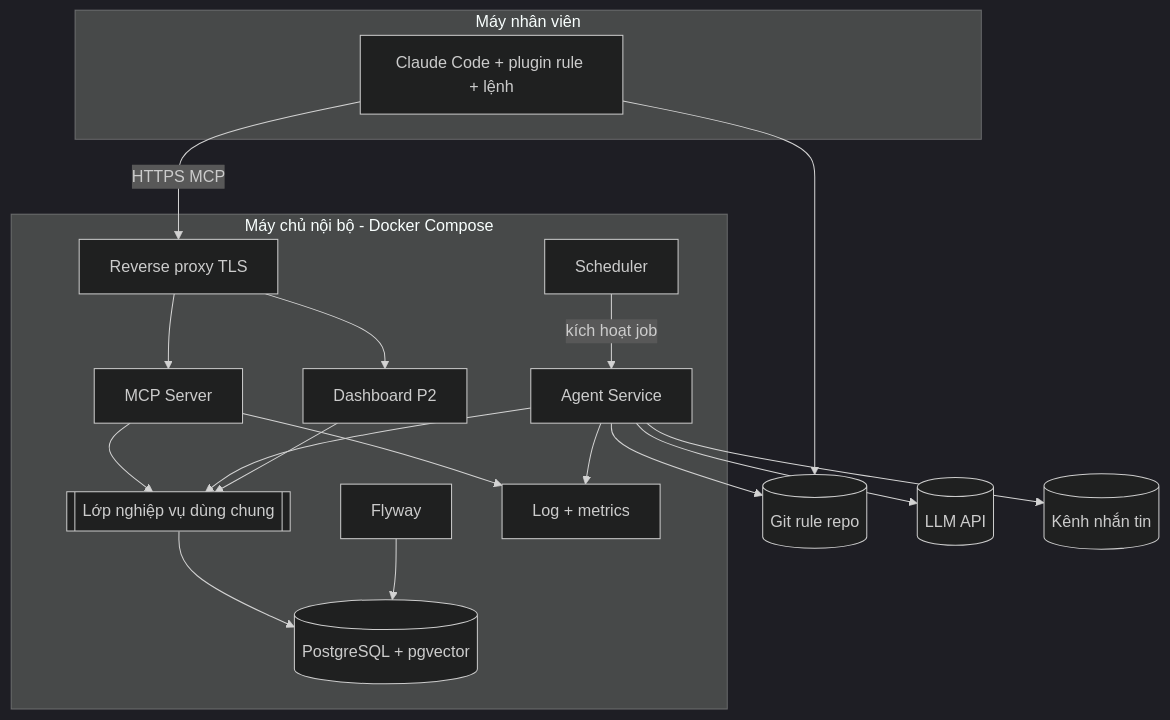
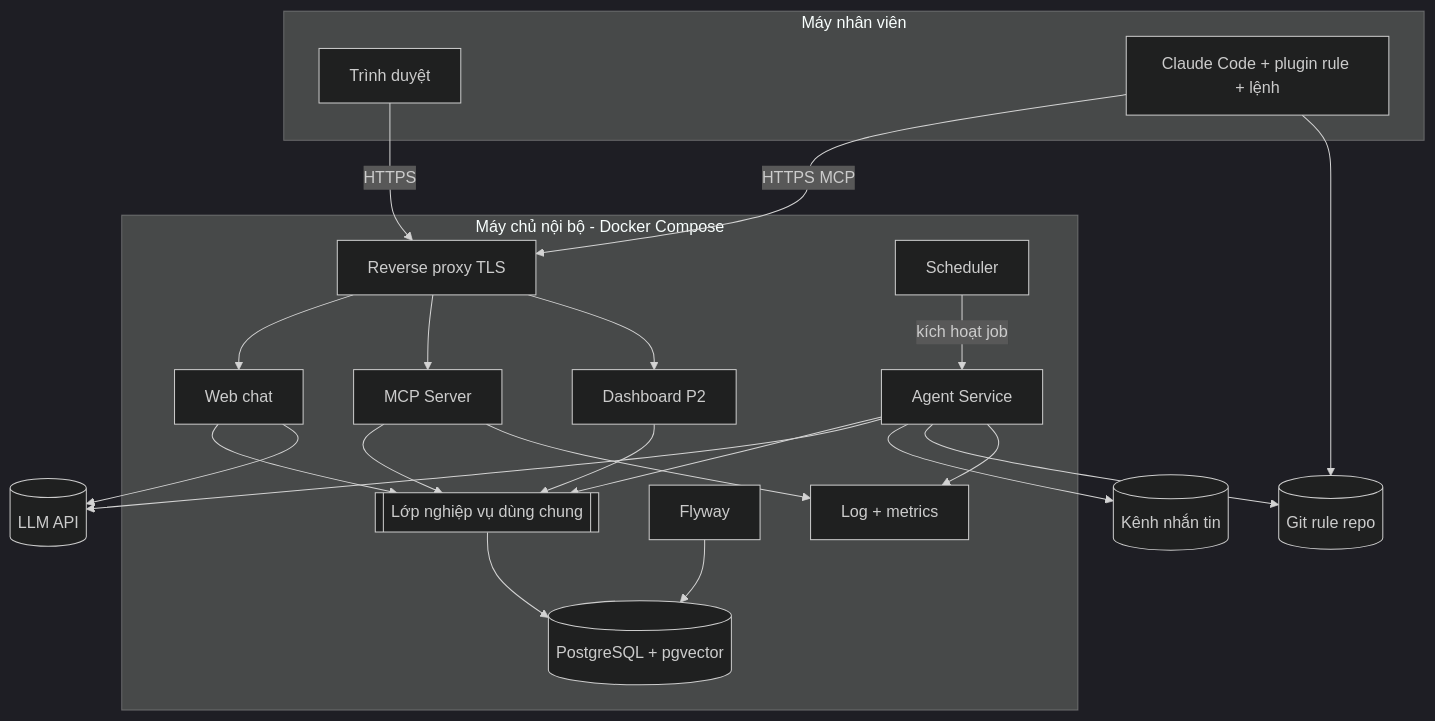
The second of 9 diagrams in docs/02-HLD.md (langtuananh2424/pdca-system), drawn with Mermaid (dark theme) before and after one commit. The commit also changed other lines of this file and 4 other files, not shown here.

````diff
--- a/docs/02-HLD.md
+++ b/docs/02-HLD.md
@@ -74,35 +78,40 @@
 ```mermaid
 flowchart TB
     subgraph Client[Máy nhân viên]
+        BR[Trình duyệt]
         CC[Claude Code + plugin rule + lệnh]
     end
     subgraph Server[Máy chủ nội bộ - Docker Compose]
         PX[Reverse proxy TLS]
+        WC[Web chat]
         MCP[MCP Server]
         AG[Agent Service]
         SCH[Scheduler]
         DASH[Dashboard P2]
         DOM[[Lớp nghiệp vụ dùng chung]]
         DB[(PostgreSQL + pgvector)]
         FW[Flyway]
         OBS[Log + metrics]
     end
     GIT[(Git rule repo)]
     LLM[(LLM API)]
     CH[(Kênh nhắn tin)]
 
+    BR -->|HTTPS| PX --> WC
     CC -->|HTTPS MCP| PX --> MCP
+    WC --> DOM
+    WC --> LLM
     PX --> DASH
     MCP --> DOM
     AG --> DOM
     DASH --> DOM
     SCH -->|kích hoạt job| AG
     DOM --> DB
     FW --> DB
     AG --> LLM
     AG --> CH
     AG --> GIT
     CC --> GIT
     MCP --> OBS
     AG --> OBS
 ```
````
